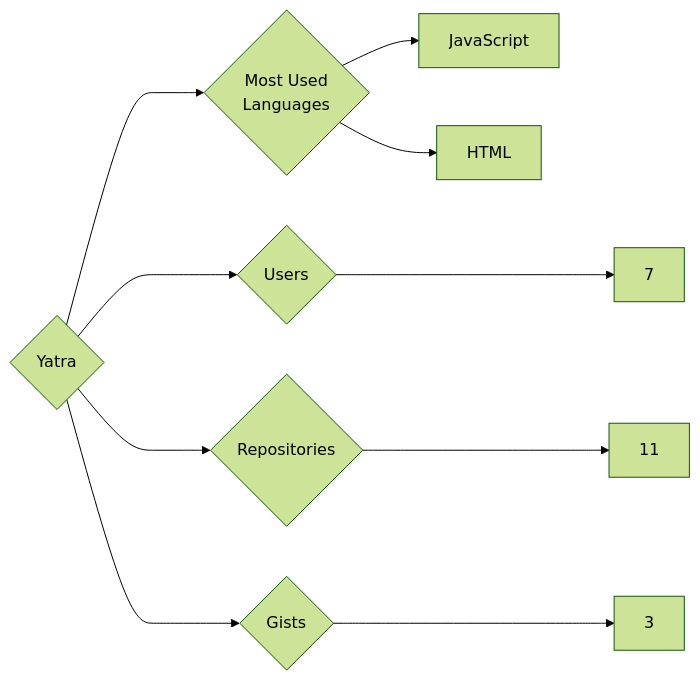
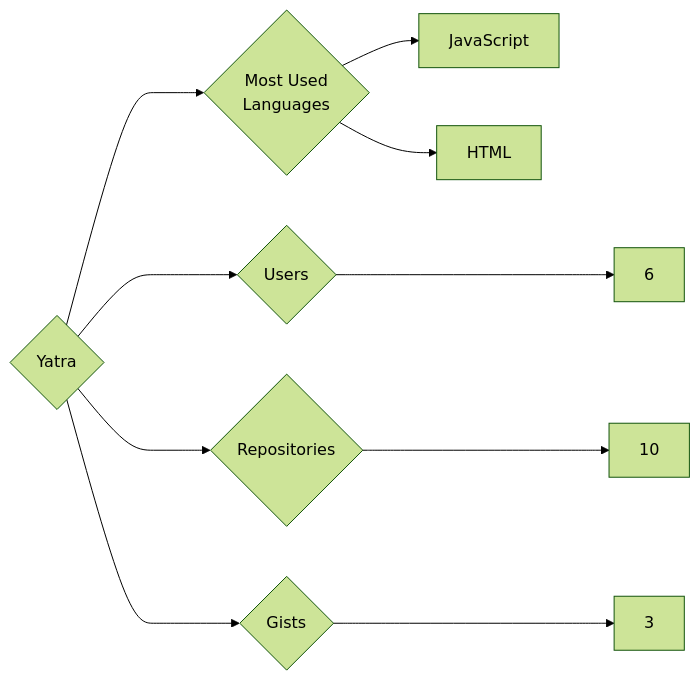
Before and after one commit to trickest/insiders: the diagram in targets/Yatra/README.md, drawn with Mermaid (forest theme). The commit also changed 1496 other files, not shown here.

````diff
--- a/targets/Yatra/README.md
+++ b/targets/Yatra/README.md
@@ -3,10 +3,10 @@
 ```mermaid
 graph LR
 COMPANY_NAME{Yatra}
-COMPANY_NAME ---> U{Users} ---> UN[7]
-COMPANY_NAME ---> R{Repositories} ---> RN[11]
+COMPANY_NAME ---> U{Users} ---> UN[6]
+COMPANY_NAME ---> R{Repositories} ---> RN[10]
 COMPANY_NAME ---> G{Gists} ---> GN[3]
 COMPANY_NAME ---> ML{Most Used<br>Languages}
 ML --> JavaScript[JavaScript]
 ML --> HTML[HTML]
 ```
````
